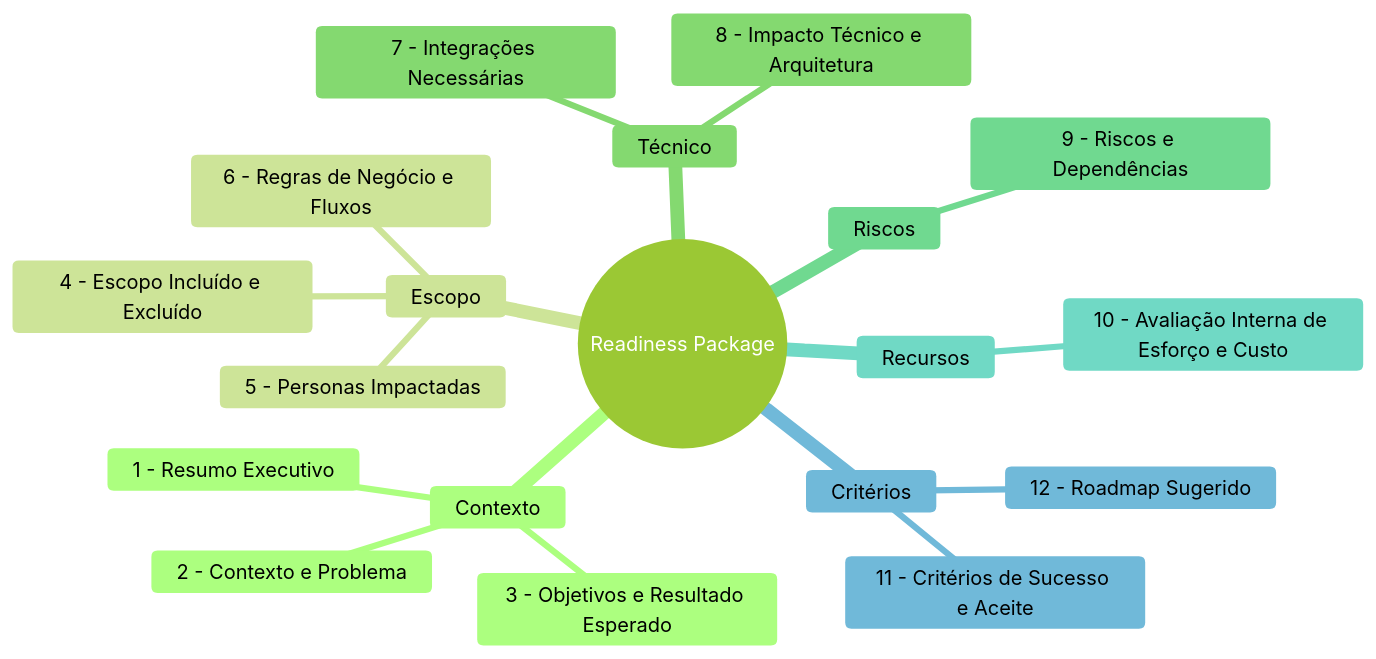
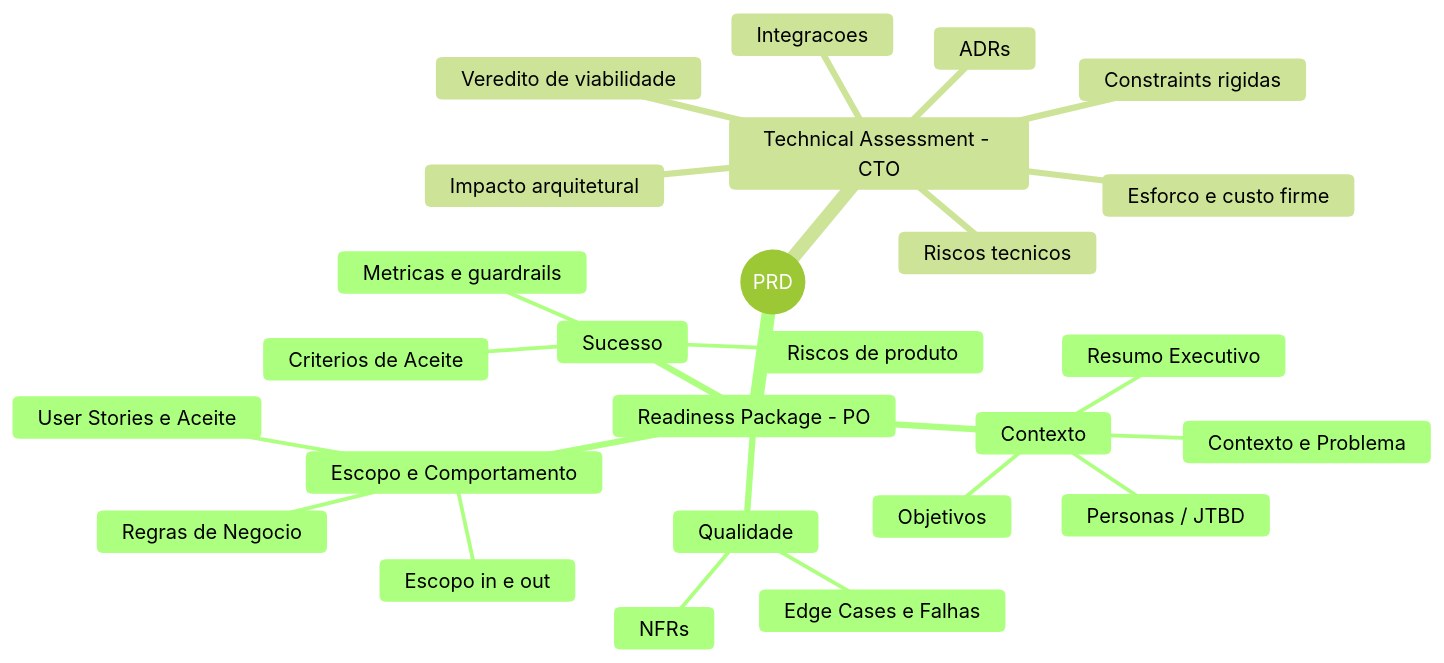
One commit to hugo-hsbtech/teamwork-process changed the fourth of 11 diagrams in README.md. Above: the diagram before and after it, drawn with Mermaid (forest theme). The commit also changed other lines of this file and 10 other files, not shown here.

````diff
--- a/README.md
+++ b/README.md
@@ -257,22 +259,29 @@
 ```mermaid
 mindmap
-  root((Readiness Package))
-    Contexto
-      1 - Resumo Executivo
-      2 - Contexto e Problema
-      3 - Objetivos e Resultado Esperado
-    Escopo
-      4 - Escopo Incluído e Excluído
-      5 - Personas Impactadas
-      6 - Regras de Negócio e Fluxos
-    Técnico
-      7 - Integrações Necessárias
-      8 - Impacto Técnico e Arquitetura
-    Riscos
-      9 - Riscos e Dependências
-    Recursos
-      10 - Avaliação Interna de Esforço e Custo
-    Critérios
-      11 - Critérios de Sucesso e Aceite
-      12 - Roadmap Sugerido
+  root((PRD))
+    Readiness Package - PO
+      Contexto
+        Resumo Executivo
+        Contexto e Problema
+        Objetivos
+        Personas / JTBD
+      Escopo e Comportamento
+        Escopo in e out
+        Regras de Negocio
+        User Stories e Aceite
+      Qualidade
+        NFRs
+        Edge Cases e Falhas
+      Sucesso
+        Metricas e guardrails
+        Criterios de Aceite
+        Riscos de produto
+    Technical Assessment - CTO
+      Veredito de viabilidade
+      Impacto arquitetural
+      Integracoes
+      Constraints rigidas
+      Riscos tecnicos
+      ADRs
+      Esforco e custo firme
 ```
````
